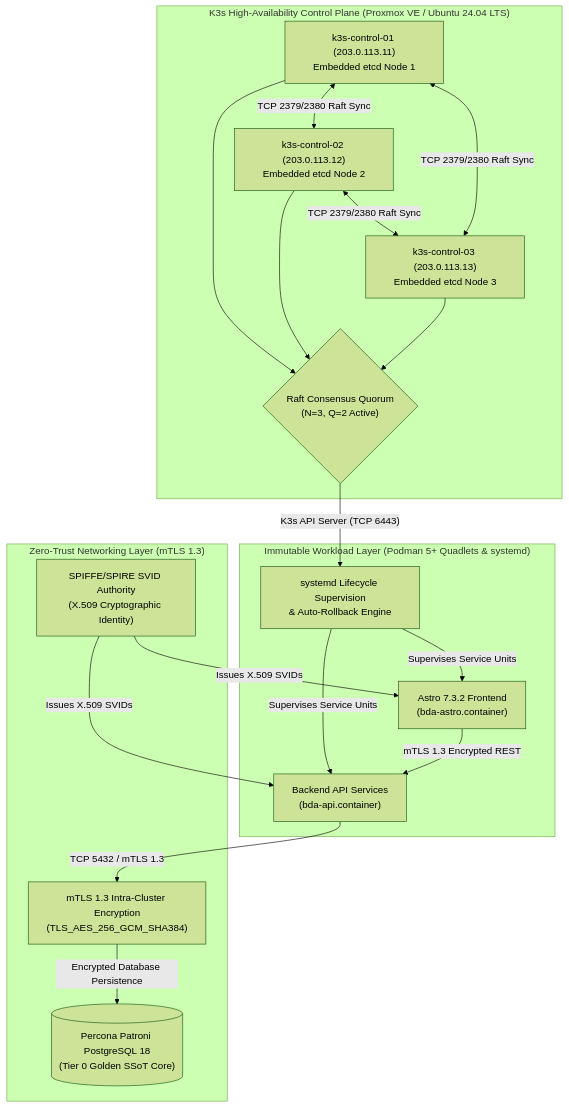
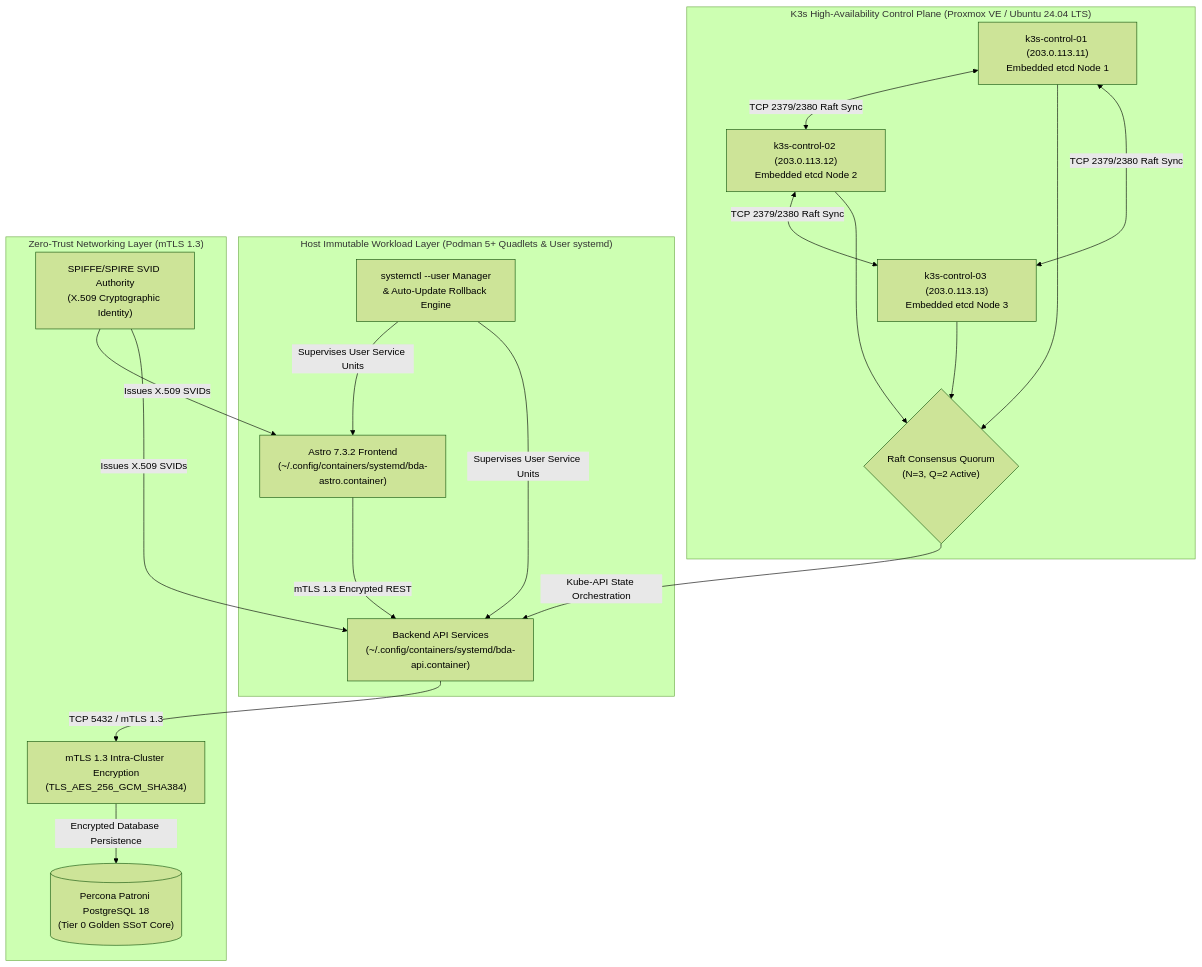
The first of 2 diagrams in docs/IT-MANAGEMENT-PROPOSAL.md (linuxmalaysia/bda-ai-infra), drawn with Mermaid (forest theme) before and after one commit. The commit also changed other lines of this file, not shown here.

First line of the commit message:
docs: update Quadlet configuration and systemd boundaries in proposal

````diff
--- a/docs/IT-MANAGEMENT-PROPOSAL.md
+++ b/docs/IT-MANAGEMENT-PROPOSAL.md
@@ -374,39 +381,39 @@
 ```mermaid
 flowchart TD
     subgraph MIF_K3sPlane ["K3s High-Availability Control Plane (Proxmox VE / Ubuntu 24.04 LTS)"]
         MIF_Node1["k3s-control-01 (203.0.113.11)\nEmbedded etcd Node 1"]
         MIF_Node2["k3s-control-02 (203.0.113.12)\nEmbedded etcd Node 2"]
         MIF_Node3["k3s-control-03 (203.0.113.13)\nEmbedded etcd Node 3"]
         MIF_Quorum{"Raft Consensus Quorum\n(N=3, Q=2 Active)"}
     end
 
-    subgraph MIF_QuadletTier ["Immutable Workload Layer (Podman 5+ Quadlets & systemd)"]
-        MIF_AstroPod["Astro 7.3.2 Frontend\n(bda-astro.container)"]
-        MIF_APIPod["Backend API Services\n(bda-api.container)"]
-        MIF_Systemd["systemd Lifecycle Supervision\n& Auto-Rollback Engine"]
+    subgraph MIF_QuadletTier ["Host Immutable Workload Layer (Podman 5+ Quadlets & User systemd)"]
+        MIF_AstroPod["Astro 7.3.2 Frontend\n(~/.config/containers/systemd/bda-astro.container)"]
+        MIF_APIPod["Backend API Services\n(~/.config/containers/systemd/bda-api.container)"]
+        MIF_Systemd["systemctl --user Manager\n& Auto-Update Rollback Engine"]
     end
 
     subgraph MIF_mTLSMesh ["Zero-Trust Networking Layer (mTLS 1.3)"]
         MIF_SPIFFE["SPIFFE/SPIRE SVID Authority\n(X.509 Cryptographic Identity)"]
         MIF_mTLSGate["mTLS 1.3 Intra-Cluster Encryption\n(TLS_AES_256_GCM_SHA384)"]
         MIF_PostgresCore[("Percona Patroni PostgreSQL 18\n(Tier 0 Golden SSoT Core)")]
     end
 
     MIF_Node1 <-->|"TCP 2379/2380 Raft Sync"| MIF_Node2
     MIF_Node2 <-->|"TCP 2379/2380 Raft Sync"| MIF_Node3
     MIF_Node3 <-->|"TCP 2379/2380 Raft Sync"| MIF_Node1
 
     MIF_Node1 --> MIF_Quorum
     MIF_Node2 --> MIF_Quorum
     MIF_Node3 --> MIF_Quorum
 
-    MIF_Quorum -->|"K3s API Server (TCP 6443)"| MIF_Systemd
-    MIF_Systemd -->|"Supervises Service Units"| MIF_AstroPod
-    MIF_Systemd -->|"Supervises Service Units"| MIF_APIPod
+    MIF_Quorum -->|"Kube-API State Orchestration"| MIF_APIPod
+    MIF_Systemd -->|"Supervises User Service Units"| MIF_AstroPod
+    MIF_Systemd -->|"Supervises User Service Units"| MIF_APIPod
 
     MIF_SPIFFE -->|"Issues X.509 SVIDs"| MIF_AstroPod
     MIF_SPIFFE -->|"Issues X.509 SVIDs"| MIF_APIPod
     MIF_AstroPod -->|"mTLS 1.3 Encrypted REST"| MIF_APIPod
     MIF_APIPod -->|"TCP 5432 / mTLS 1.3"| MIF_mTLSGate
     MIF_mTLSGate -->|"Encrypted Database Persistence"| MIF_PostgresCore
 ```
````
